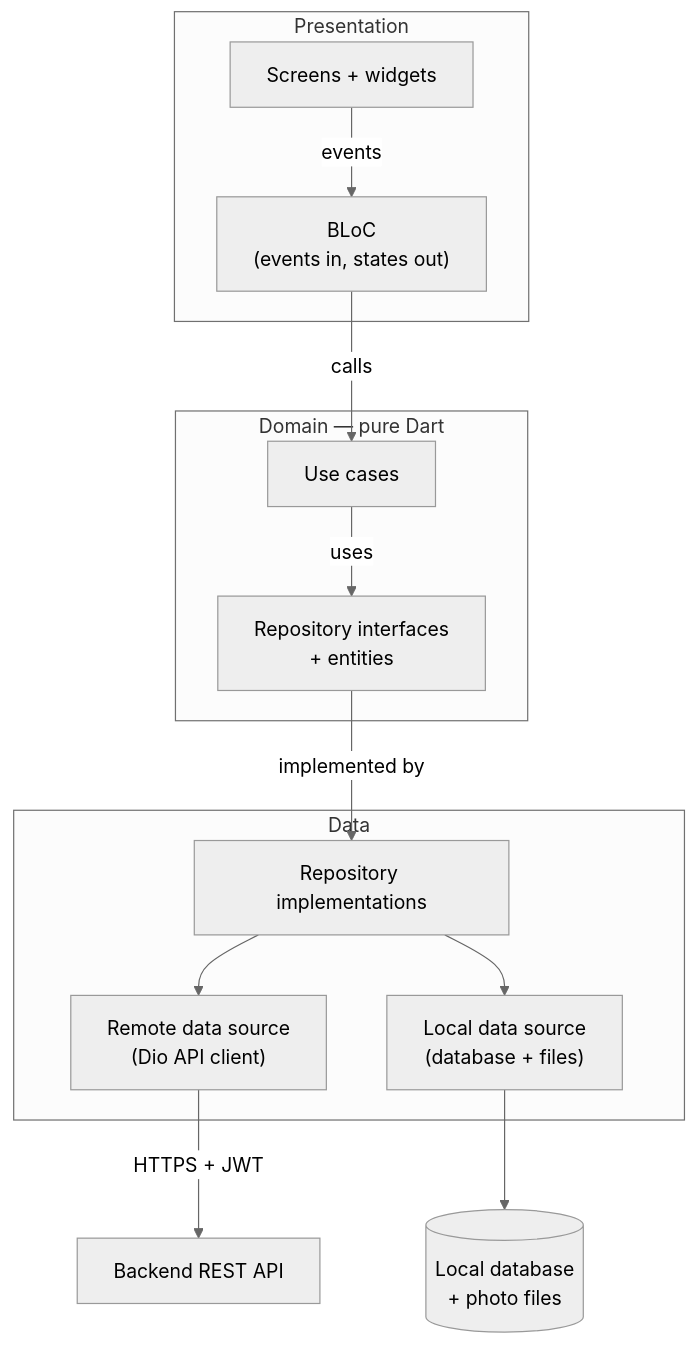
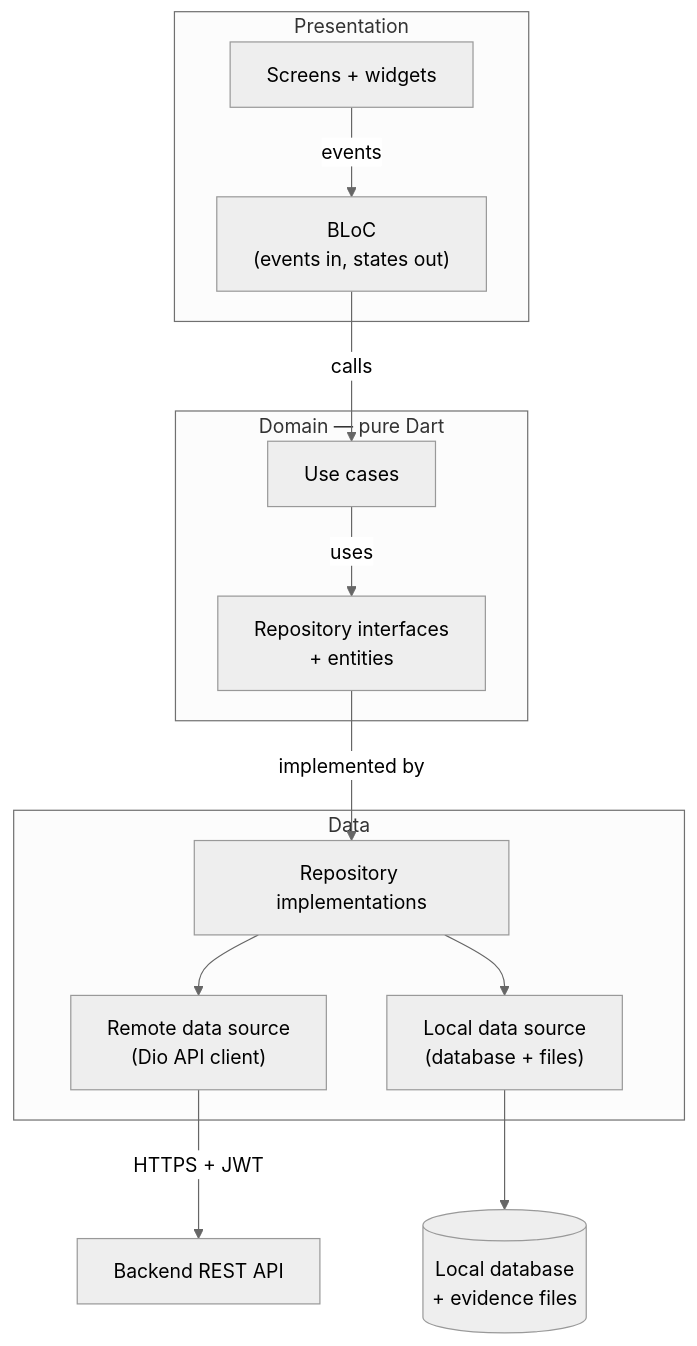
The third of 6 diagrams in docs/architecture.md (RezwanAhmed/taskInspect), drawn with Mermaid (neutral theme) before and after one commit. The commit also changed other lines of this file and 2 other files, not shown here.

First line of the commit message:
docs: accept PDF documents as evidence

````diff
--- a/docs/architecture.md
+++ b/docs/architecture.md
@@ -225,30 +225,30 @@
 ```mermaid
 flowchart TB
     subgraph Presentation["Presentation"]
         W["Screens + widgets"]
         B["BLoC<br/>(events in, states out)"]
     end
 
     subgraph Domain["Domain — pure Dart"]
         UC["Use cases"]
         RI["Repository interfaces<br/>+ entities"]
     end
 
     subgraph Data["Data"]
         R["Repository implementations"]
         Remote["Remote data source<br/>(Dio API client)"]
         LocalDS["Local data source<br/>(database + files)"]
     end
 
     API["Backend REST API"]
-    DB[("Local database<br/>+ photo files")]
+    DB[("Local database<br/>+ evidence files")]
 
     W -->|"events"| B
     B -->|"calls"| UC
     UC -->|"uses"| RI
     RI -->|"implemented by"| R
     R --> Remote
     R --> LocalDS
     Remote -->|"HTTPS + JWT"| API
     LocalDS --> DB
 ```
````
